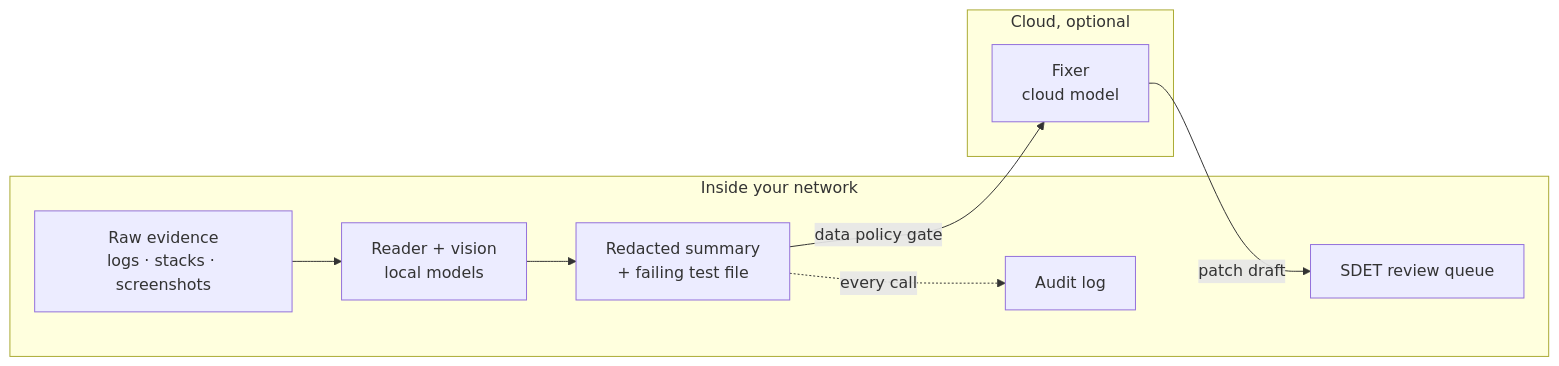
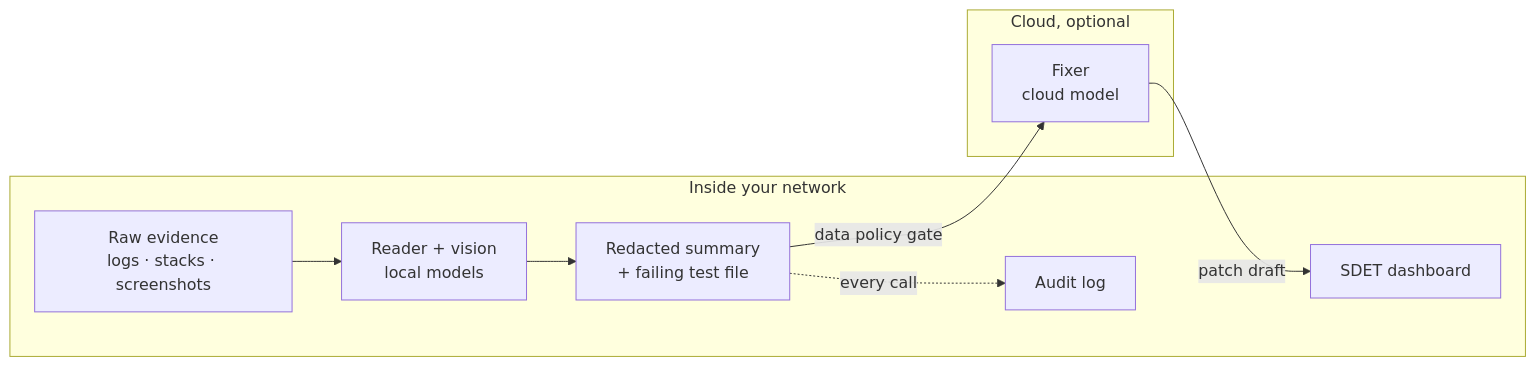
Before and after one commit to sbaqa/tessella: the sixth of 6 diagrams in README.md, drawn with Mermaid. The commit also changed other lines of this file and 25 other files, not shown here.

First line of the commit message:
One dashboard for review; bring CI results to the laptop

````diff
--- a/README.md
+++ b/README.md
@@ -508,15 +508,15 @@
 ```mermaid
 flowchart LR
   subgraph inside["Inside your network"]
     E["Raw evidence<br/>logs · stacks · screenshots"] --> RV["Reader + vision<br/>local models"]
     RV --> S["Redacted summary<br/>+ failing test file"]
-    Q["SDET review queue"]
+    Q["SDET dashboard"]
     A["Audit log"]
   end
   subgraph cloud["Cloud, optional"]
     F["Fixer<br/>cloud model"]
   end
   S -->|data policy gate| F
   F -->|patch draft| Q
   S -. every call .-> A
 ```
````
